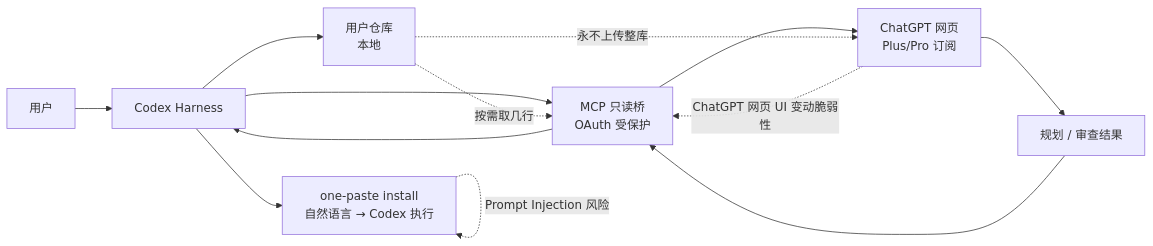
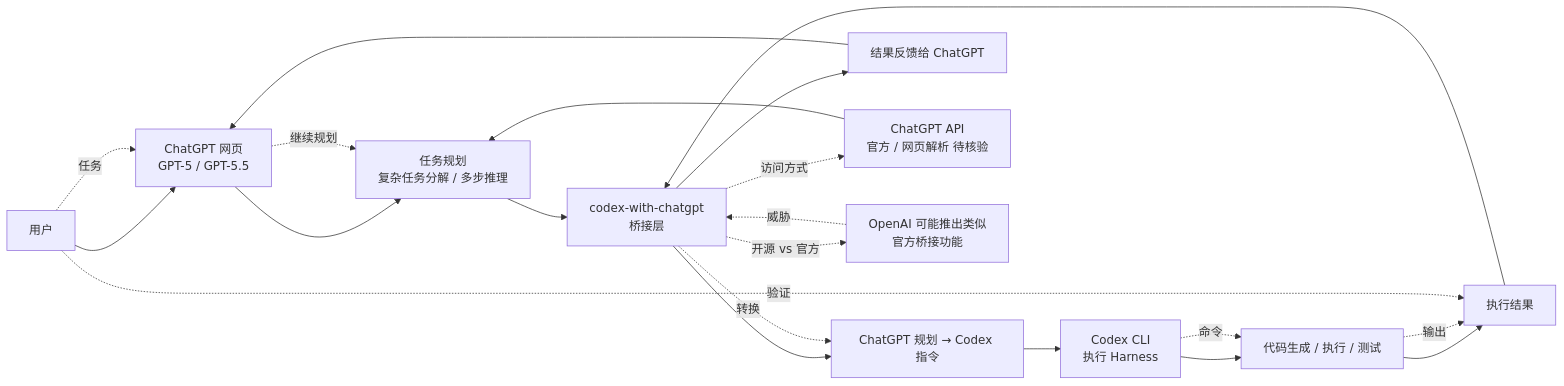
Before and after one commit to aiutil/github-researcher: the diagram in projects/codex-with-chatgpt.md, drawn with Mermaid. The commit also changed other lines of this file and 30 other files, not shown here.

Commit message:
daily: 2026-09-07 趋势简报 + 10个项目档案（OpenBot/cumora/PRAXIST/m3e-canvas/sepia/fastpotify/human-atlas/codenotch/okf-agent-memory/codex-with-chatgpt）

````diff
--- a/projects/codex-with-chatgpt.md
+++ b/projects/codex-with-chatgpt.md
@@ -61,15 +63,23 @@
 ```mermaid
 flowchart LR
-  User[用户] --> Codex[Codex Harness]
-  Codex --> Bridge[MCP 只读桥<br/>OAuth 受保护]
-  Bridge --> ChatGPT[ChatGPT 网页<br/>Plus/Pro 订阅]
-  ChatGPT --> Plan[规划 / 审查结果]
-  Plan --> Bridge
-  Bridge --> Codex
-  Codex --> Repo[用户仓库<br/>本地]
-  Repo -. 按需取几行 .-> Bridge
-  Repo -. 永不上传整库 .-> ChatGPT
-  ChatGPT -. ChatGPT 网页 UI 变动脆弱性 .-> Bridge
-  Codex --> Install[one-paste install<br/>自然语言 → Codex 执行]
-  Install -. Prompt Injection 风险 .-> Install
+  User[用户] --> CGPT[ChatGPT 网页<br/>GPT-5 / GPT-5.5]
+  CGPT --> Plan[任务规划<br/>复杂任务分解 / 多步推理]
+  Plan --> Bridge[codex-with-chatgpt<br/>桥接层]
+  Bridge --> Convert[ChatGPT 规划 → Codex 指令]
+  Convert --> Codex[Codex CLI<br/>执行 Harness]
+  Codex --> Exec[代码生成 / 执行 / 测试]
+  Exec --> Result[执行结果]
+  Result --> Bridge
+  Bridge --> Feedback[结果反馈给 ChatGPT]
+  Feedback --> CGPT
+  CGPT -.继续规划.-> Plan
+  Bridge -.转换.-> Convert
+  Codex -.命令.-> Exec
+  Exec -.输出.-> Result
+  User -.任务.-> CGPT
+  User -.验证.-> Result
+  Bridge -.访问方式.-> API[ChatGPT API<br/>官方 / 网页解析 待核验]
+  API --> Plan
+  Bridge -.开源 vs 官方.-> Official[OpenAI 可能推出类似<br/>官方桥接功能]
+  Official -.威胁.-> Bridge
 ```
````
